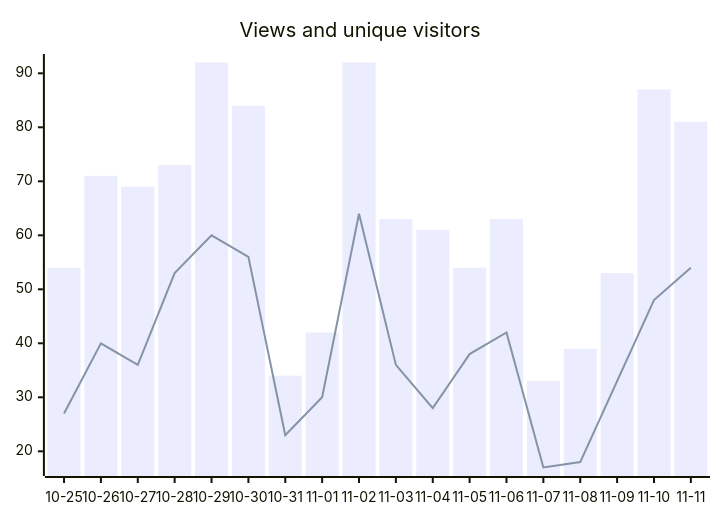
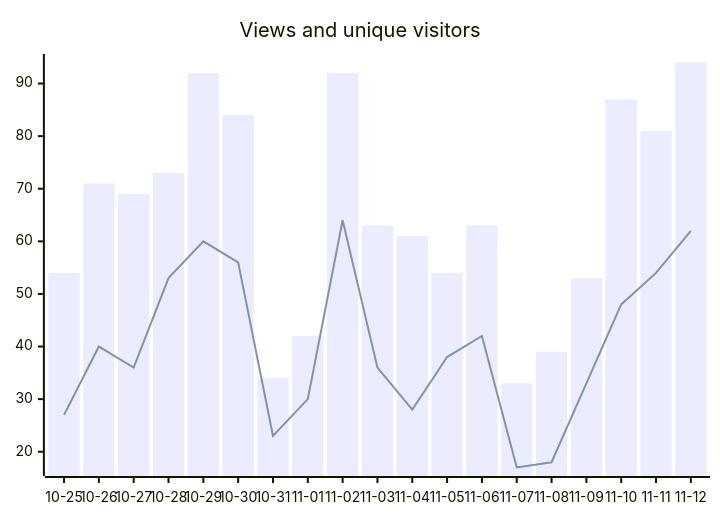
One commit to fmadore/Live-translation changed the second of 2 diagrams in README.md. Above: the diagram before and after it, drawn with Mermaid. The commit also changed other lines of this file and 3 other files, not shown here.

````diff
--- a/README.md
+++ b/README.md
@@ -76,7 +77,7 @@
 ```mermaid
 xychart-beta
     title "Views and unique visitors"
-    x-axis ["10-25", "10-26", "10-27", "10-28", "10-29", "10-30", "10-31", "11-01", "11-02", "11-03", "11-04", "11-05", "11-06", "11-07", "11-08", "11-09", "11-10", "11-11"]
-    bar [54, 71, 69, 73, 92, 84, 34, 42, 92, 63, 61, 54, 63, 33, 39, 53, 87, 81]
-    line [27, 40, 36, 53, 60, 56, 23, 30, 64, 36, 28, 38, 42, 17, 18, 33, 48, 54]
+    x-axis ["10-25", "10-26", "10-27", "10-28", "10-29", "10-30", "10-31", "11-01", "11-02", "11-03", "11-04", "11-05", "11-06", "11-07", "11-08", "11-09", "11-10", "11-11", "11-12"]
+    bar [54, 71, 69, 73, 92, 84, 34, 42, 92, 63, 61, 54, 63, 33, 39, 53, 87, 81, 94]
+    line [27, 40, 36, 53, 60, 56, 23, 30, 64, 36, 28, 38, 42, 17, 18, 33, 48, 54, 62]
 ```
````
